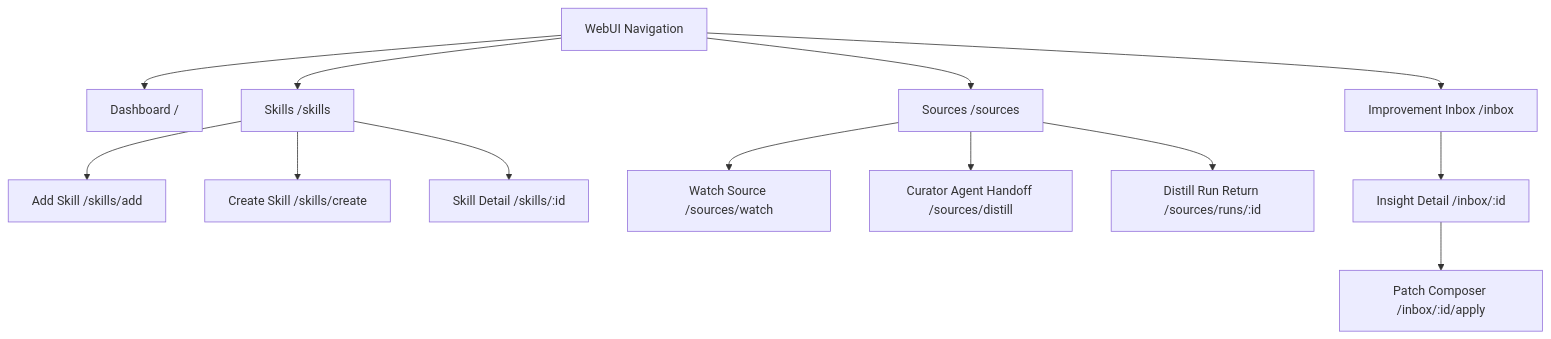
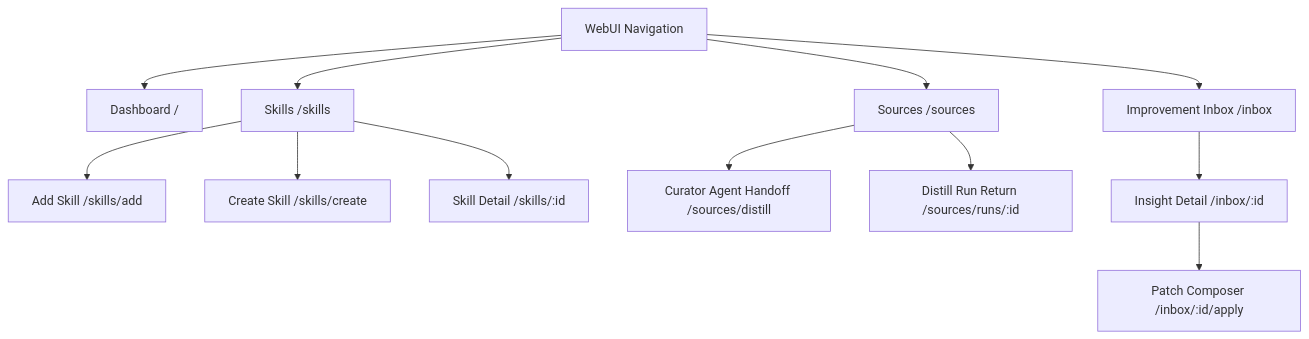
One commit to vantt/mcp-skill-hub changed the first of 4 diagrams in docs/use-cases/04-webui-user-flows-and-screen-specs.md. Above: the diagram before and after it, drawn with Mermaid. The commit also changed other lines of this file and 5 other files, not shown here.

````diff
--- a/docs/use-cases/04-webui-user-flows-and-screen-specs.md
+++ b/docs/use-cases/04-webui-user-flows-and-screen-specs.md
@@ -41,16 +41,15 @@
 ```mermaid
 graph TD
     Root["WebUI Navigation"] --> Dashboard["Dashboard /"]
     Root --> Skills["Skills /skills"]
     Root --> Sources["Sources /sources"]
     Root --> Inbox["Improvement Inbox /inbox"]
 
     Skills --> Add["Add Skill /skills/add"]
     Skills --> Create["Create Skill /skills/create"]
     Skills --> Detail["Skill Detail /skills/:id"]
-    Sources --> Watch["Watch Source /sources/watch"]
     Sources --> Distill["Curator Agent Handoff /sources/distill"]
     Sources --> Run["Distill Run Return /sources/runs/:id"]
     Inbox --> Insight["Insight Detail /inbox/:id"]
     Insight --> Composer["Patch Composer /inbox/:id/apply"]
 ```
````
